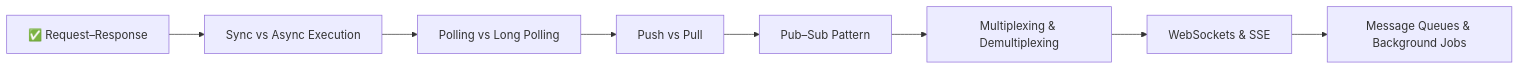
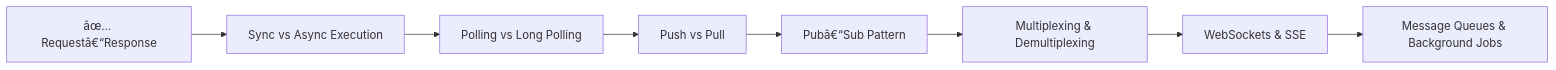
One commit to Patel-Neel-346/Notes changed the ninth of 9 diagrams in Backend-engineering/2-Communication-patterns/2.Request-respone.md. Above: the diagram before and after it, drawn with Mermaid. The commit also changed other lines of this file and 4 other files, not shown here.

````diff
--- a/Backend-engineering/2-Communication-patterns/2.Request-respone.md
+++ b/Backend-engineering/2-Communication-patterns/2.Request-respone.md
@@ -962,10 +999,10 @@
 ```mermaid
 flowchart LR
-    A["✅ Request–Response"] --> B["Sync vs Async Execution"]
+    A["âœ… Requestâ€“Response"] --> B["Sync vs Async Execution"]
     B --> C["Polling vs Long Polling"]
     C --> D["Push vs Pull"]
-    D --> E["Pub–Sub Pattern"]
+    D --> E["Pubâ€“Sub Pattern"]
     E --> F["Multiplexing & Demultiplexing"]
     F --> G["WebSockets & SSE"]
     G --> H["Message Queues & Background Jobs"]
 ```
````
